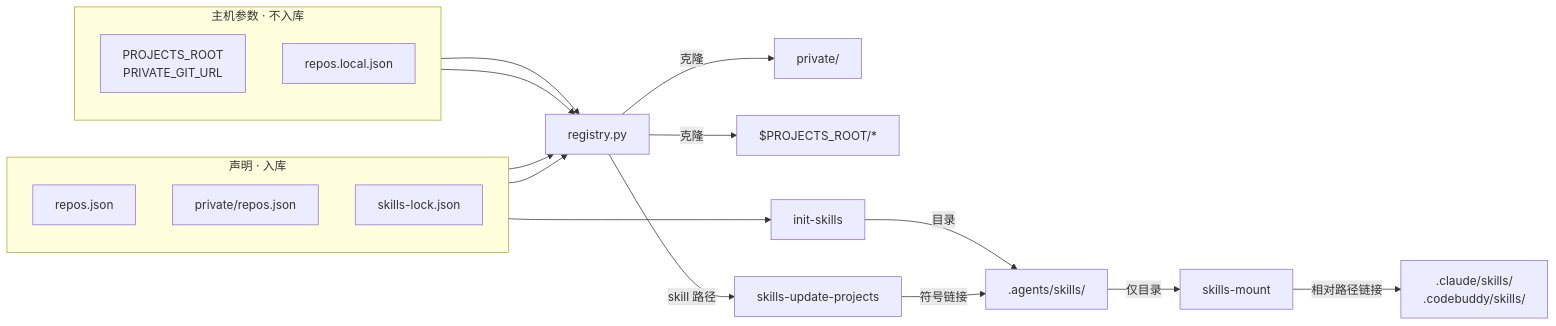
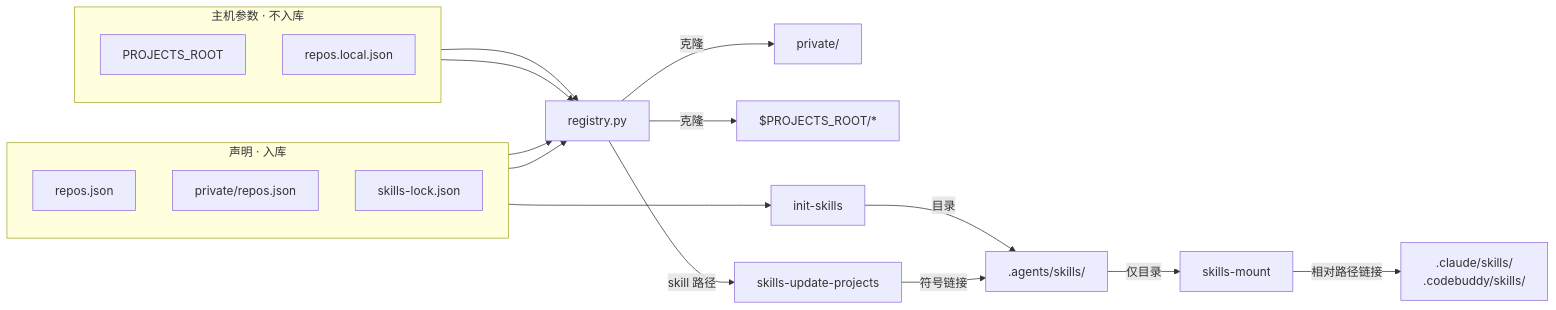
Before and after one commit to ZhuoZhuoCrayon/ai-workspace: the diagram in knowledge/ai-workspace/issues/2026-10-11-workspace-portable-bootstrap/PLAN.md, drawn with Mermaid. The commit also changed other lines of this file and 46 other files, not shown here.

````diff
--- a/knowledge/ai-workspace/issues/2026-10-11-workspace-portable-bootstrap/PLAN.md
+++ b/knowledge/ai-workspace/issues/2026-10-11-workspace-portable-bootstrap/PLAN.md
@@ -67,30 +67,30 @@
 ```mermaid
 flowchart LR
     subgraph HOST["主机参数 · 不入库"]
         direction TB
-        ENV["PROJECTS_ROOT<br/>PRIVATE_GIT_URL"]
+        ENV["PROJECTS_ROOT"]
         LOC["repos.local.json"]
     end
 
     subgraph DECL["声明 · 入库"]
         direction TB
         PUB["repos.json"]
         PRI["private/repos.json"]
         LOCK["skills-lock.json"]
     end
 
     ENV --> REG["registry.py"]
     LOC --> REG
     PUB --> REG
     PRI --> REG
 
     REG -->|"克隆"| PRIV["private/"]
     REG -->|"克隆"| PDIR["$PROJECTS_ROOT/*"]
     REG -->|"skill 路径"| UPD["skills-update-projects"]
     LOCK --> INST["init-skills"]
 
     UPD -->|"符号链接"| AS[".agents/skills/"]
     INST -->|"目录"| AS
     AS -->|"仅目录"| MNT["skills-mount"]
     MNT -->|"相对路径链接"| IDE[".claude/skills/<br/>.codebuddy/skills/"]
 ```
````
